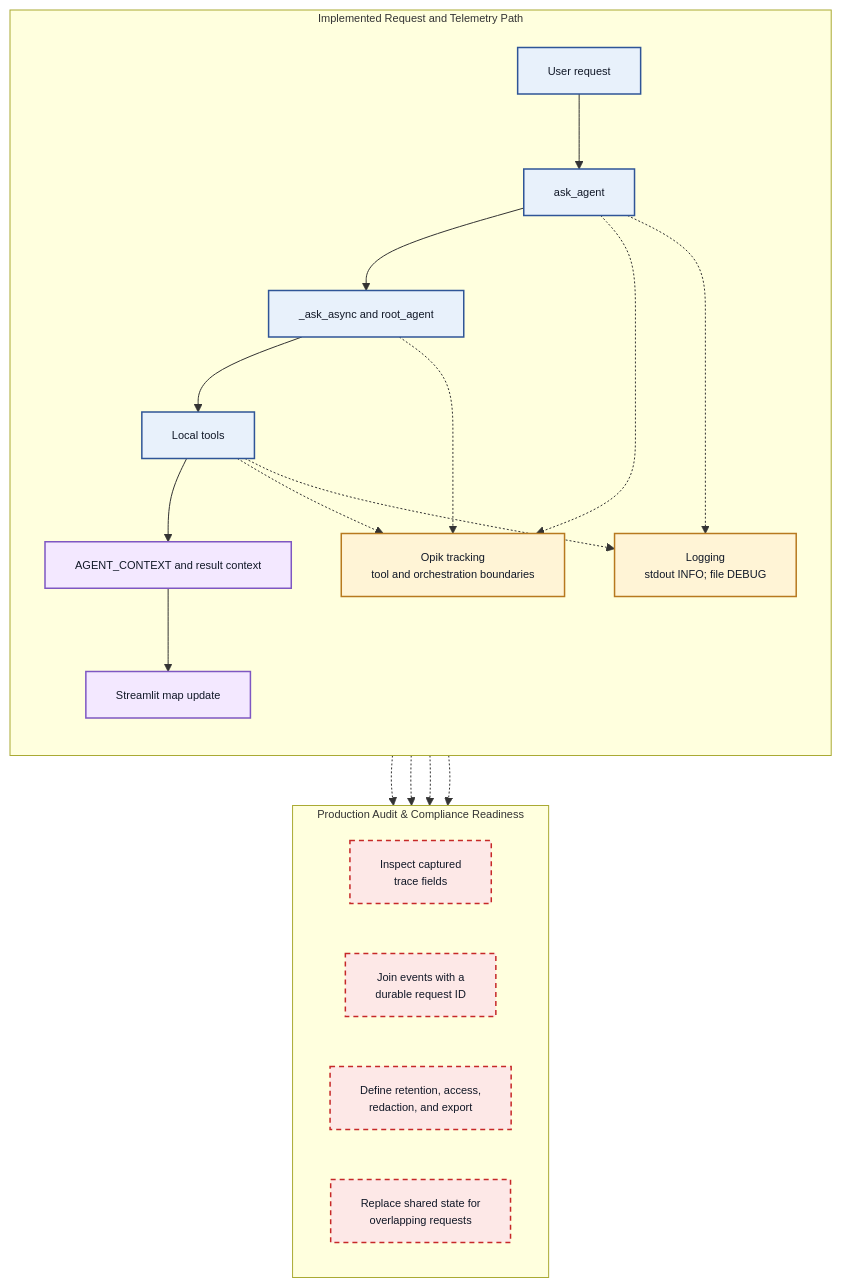
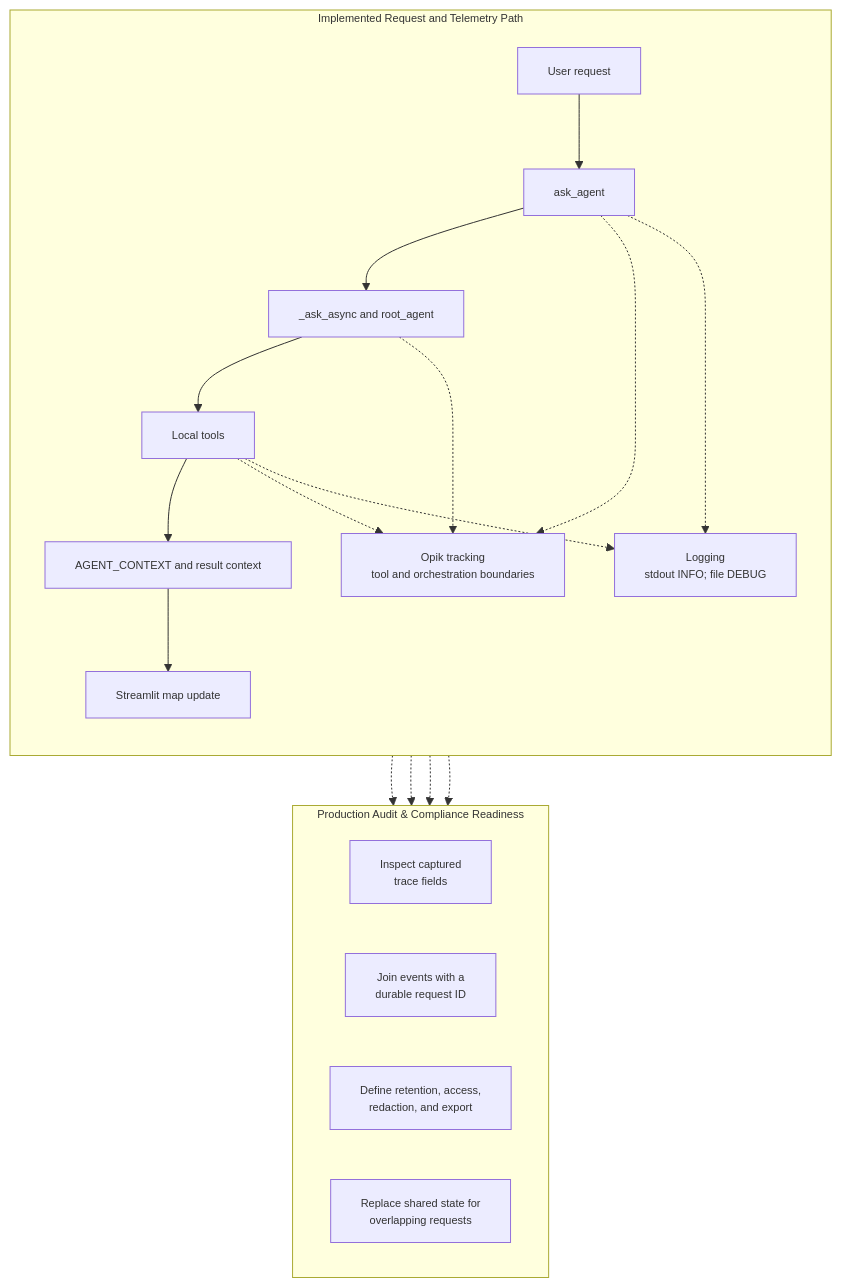
Before and after one commit to the-write-path-code/ch07-proactive-event-driven-agents: the fifth of 5 diagrams in workflows/architecture_workflows.md, drawn with Mermaid.

Commit message:
Remove class definitions from architecture workflows
Removed class definitions for flow, state, telemetry, and gap in the mermaid diagram.

````diff
--- a/workflows/architecture_workflows.md
+++ b/workflows/architecture_workflows.md
@@ -262,42 +262,38 @@
 ```mermaid
 %%{init: {"themeVariables": {"fontFamily": "Arial, Helvetica, sans-serif", "fontSize": "11px", "actorFontSize": "11px", "noteFontSize": "10px", "messageFontSize": "10px"}}}%%
 flowchart TB
-    classDef flow fill:#E8F1FB,stroke:#2F5597,color:#111827,stroke-width:1.5px
-    classDef state fill:#F3E8FF,stroke:#7E57C2,color:#111827,stroke-width:1.5px
-    classDef telemetry fill:#FFF4D6,stroke:#B7791F,color:#111827,stroke-width:1.5px
-    classDef gap fill:#FDE8E7,stroke:#C62828,color:#111827,stroke-width:1.5px,stroke-dasharray: 5 4
 
     subgraph A["Implemented Request and Telemetry Path"]
         direction TB
         U[User request]:::flow
         A1[ask_agent]:::flow
         A2[_ask_async and root_agent]:::flow
         T[Local tools]:::flow
         S[AGENT_CONTEXT and result context]:::state
         UI[Streamlit map update]:::state
 
         U --> A1 --> A2 --> T --> S --> UI
 
         O[Opik tracking<br/>tool and orchestration boundaries]:::telemetry
         L[Logging<br/>stdout INFO; file DEBUG]:::telemetry
 
         A1 -.-> O
         A2 -.-> O
         T -.-> O
         A1 -.-> L
         T -.-> L
     end
 
     subgraph B["Production Audit & Compliance Readiness"]
         direction LR
         G1[Inspect captured<br/>trace fields]:::gap
         G2[Join events with a<br/>durable request ID]:::gap
         G3[Define retention, access,<br/>redaction, and export]:::gap
         G4[Replace shared state for<br/>overlapping requests]:::gap
     end
 
     O -.-> G1
     O -.-> G2
     L -.-> G3
     S -.-> G4
 ```
````
